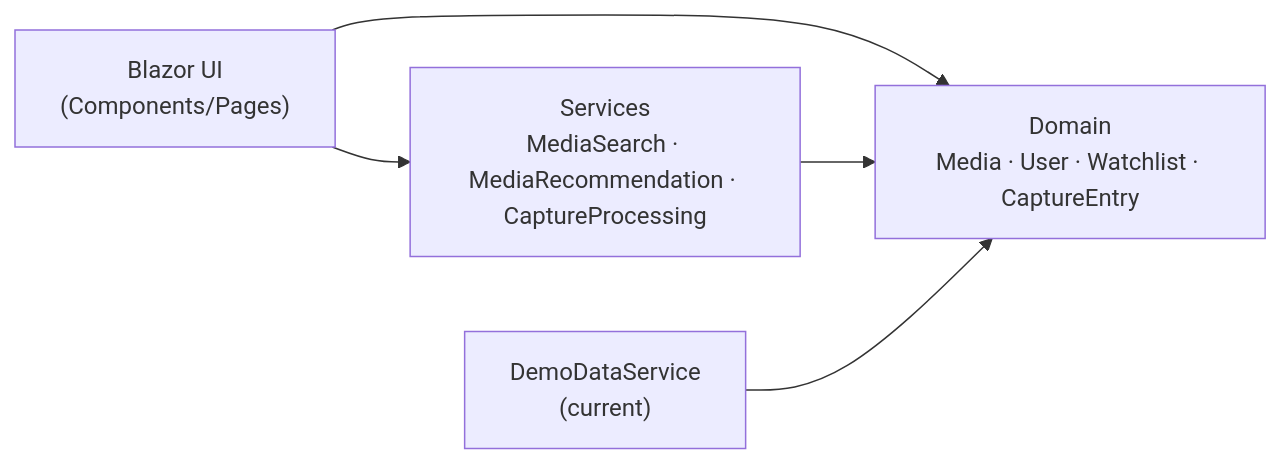
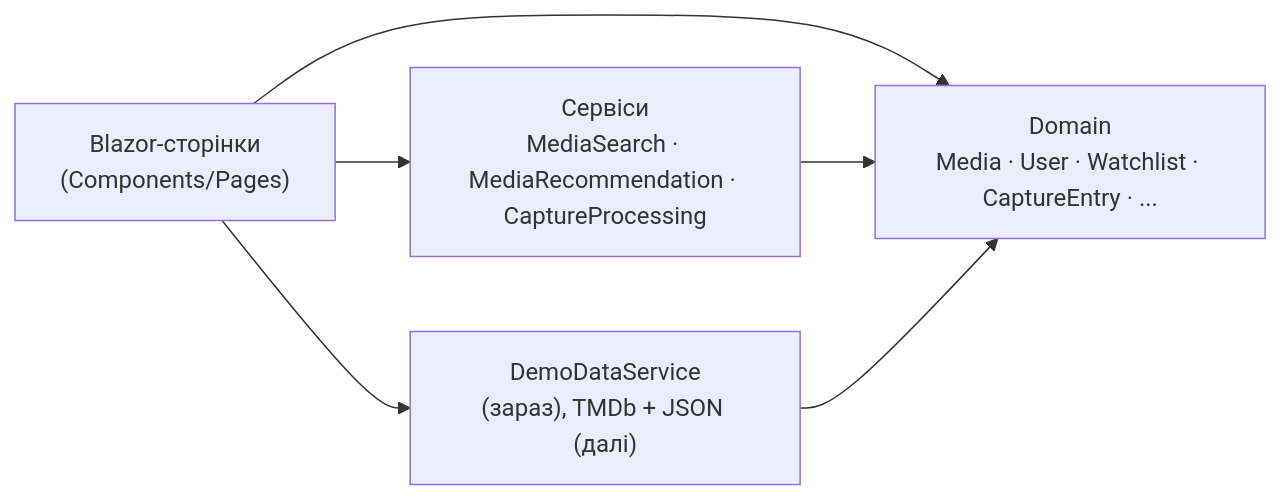
Before and after one commit to borjomiversus/Myosotis: the diagram in README.md, drawn with Mermaid. The commit also changed other lines of this file, not shown here.

````diff
--- a/README.md
+++ b/README.md
@@ -56,7 +105,8 @@
 ```mermaid
 flowchart LR
-    UI["Blazor UI<br/>(Components/Pages)"] --> S["Services<br/>MediaSearch · MediaRecommendation · CaptureProcessing"]
-    UI --> D["Domain<br/>Media · User · Watchlist · CaptureEntry"]
-    S --> D
-    DS["DemoDataService<br/>(current)"] --> D
+    UI["Blazor-сторінки<br/>(Components/Pages)"] --> S["Сервіси<br/>MediaSearch · MediaRecommendation · CaptureProcessing"]
+    UI --> D
+    S --> D["Domain<br/>Media · User · Watchlist · CaptureEntry · ..."]
+    DS["DemoDataService<br/>(зараз), TMDb + JSON (далі)"] --> D
+    UI --> DS
 ```
````
